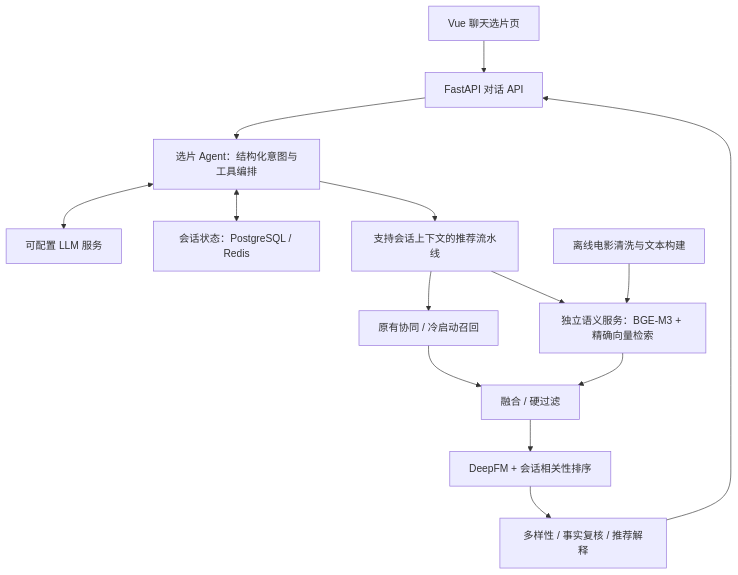
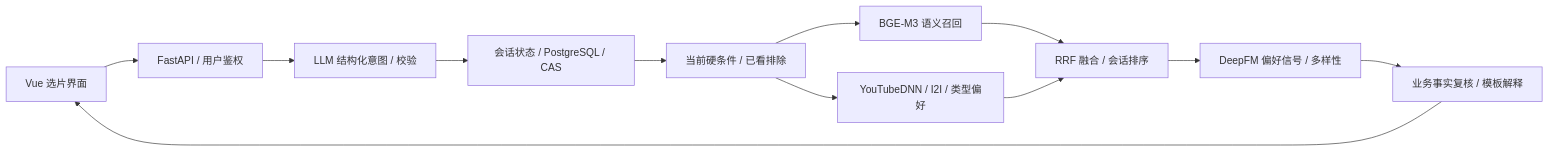
One commit to hershey1008/cineweave-agent changed the diagram in README.md. Above: the diagram before and after it, drawn with Mermaid. The commit also changed other lines of this file and 31 other files, not shown here.

````diff
--- a/README.md
+++ b/README.md
@@ -21,16 +30,14 @@
 ```mermaid
-flowchart TD
-    U[Vue 聊天选片页] --> API[FastAPI 对话 API]
-    API --> A[选片 Agent：结构化意图与工具编排]
-    A <--> L[可配置 LLM 服务]
-    A <--> S[会话状态：PostgreSQL / Redis]
-    A --> P[支持会话上下文的推荐流水线]
-    P --> R[原有协同 / 冷启动召回]
-    P --> E[独立语义服务：BGE-M3 + 精确向量检索]
-    R --> F[融合 / 硬过滤]
-    E --> F
-    F --> K[DeepFM + 会话相关性排序]
-    K --> D[多样性 / 事实复核 / 推荐解释]
-    D --> API
-    O[离线电影清洗与文本构建] --> E
+flowchart LR
+    U[Vue 选片界面] --> A[FastAPI / 用户鉴权]
+    A --> I[LLM 结构化意图 / 校验]
+    I --> S[会话状态 / PostgreSQL / CAS]
+    S --> H[当前硬条件 / 已看排除]
+    H --> B[BGE-M3 语义召回]
+    H --> C[YouTubeDNN / I2I / 类型偏好]
+    B --> F[RRF 融合 / 会话排序]
+    C --> F
+    F --> D[DeepFM 偏好信号 / 多样性]
+    D --> V[业务事实复核 / 模板解释]
+    V --> U
 ```
````
